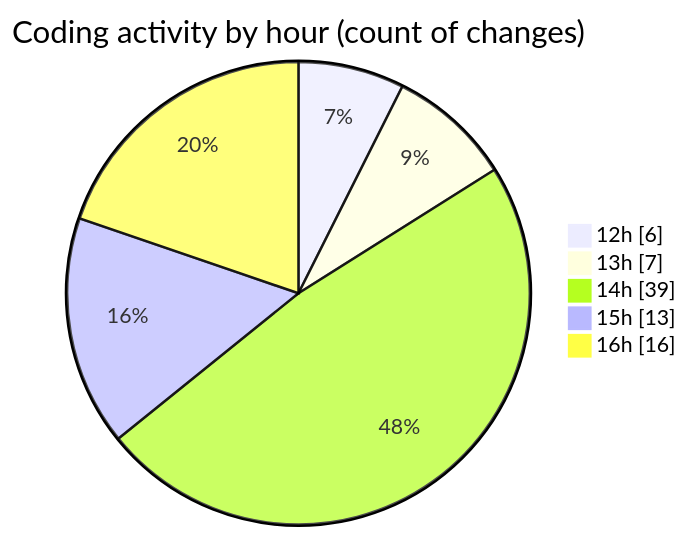
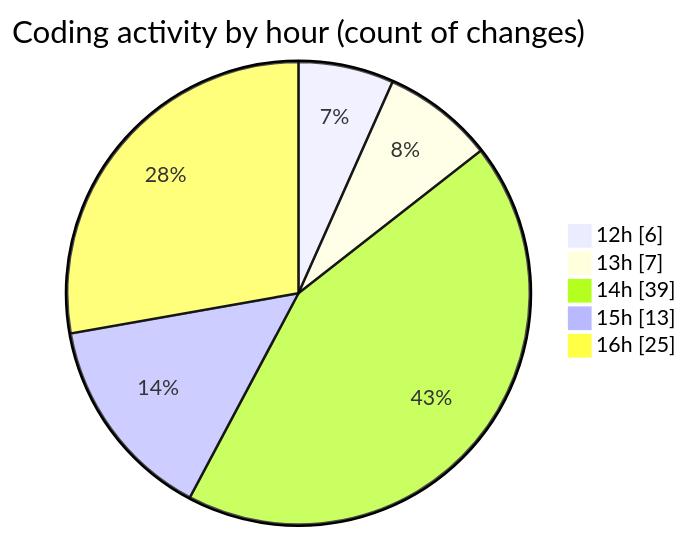
Before and after one commit to nxtqubesakshisongat/code-tracking: the second of 2 diagrams in 2025-05-26/nxtqube_webapp/README.md, drawn with Mermaid. The commit also changed other lines of this file and 1 other file, not shown here.

````diff
--- a/2025-05-26/nxtqube_webapp/README.md
+++ b/2025-05-26/nxtqube_webapp/README.md
@@ -30,9 +30,9 @@
 ```mermaid
 pie showData
 title Coding activity by hour (count of changes)
 "12h" : 6
 "13h" : 7
 "14h" : 39
 "15h" : 13
-"16h" : 16
+"16h" : 25
 ```
````
